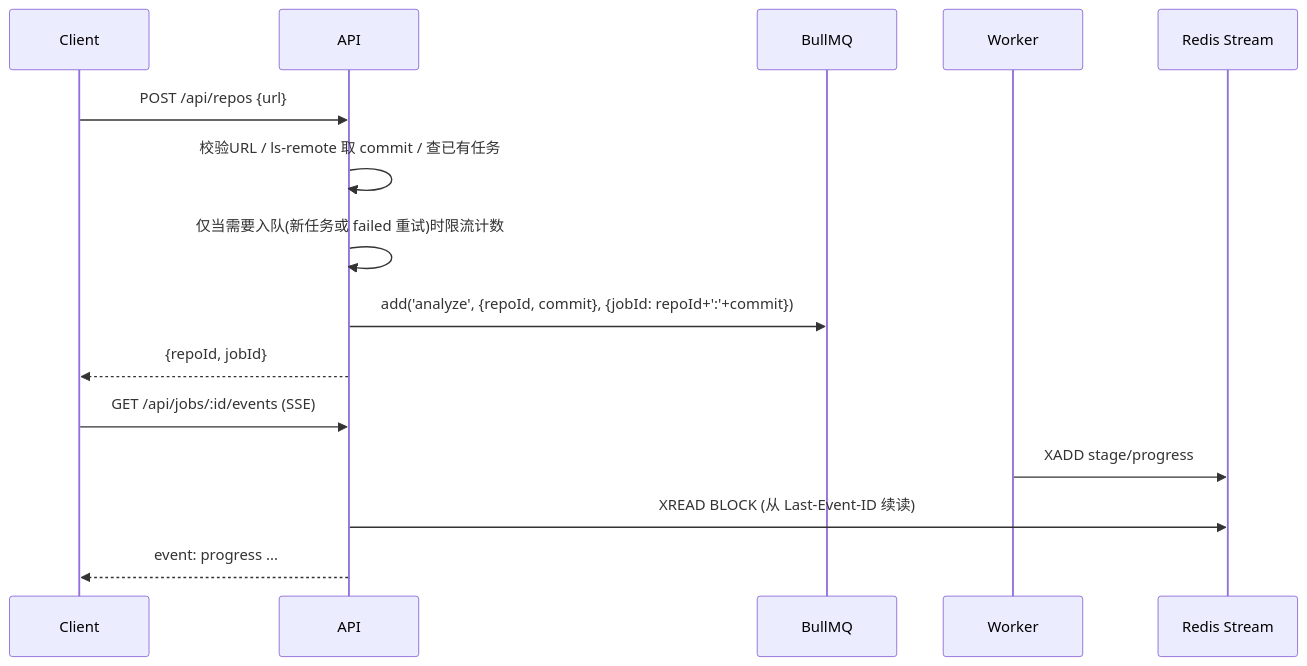
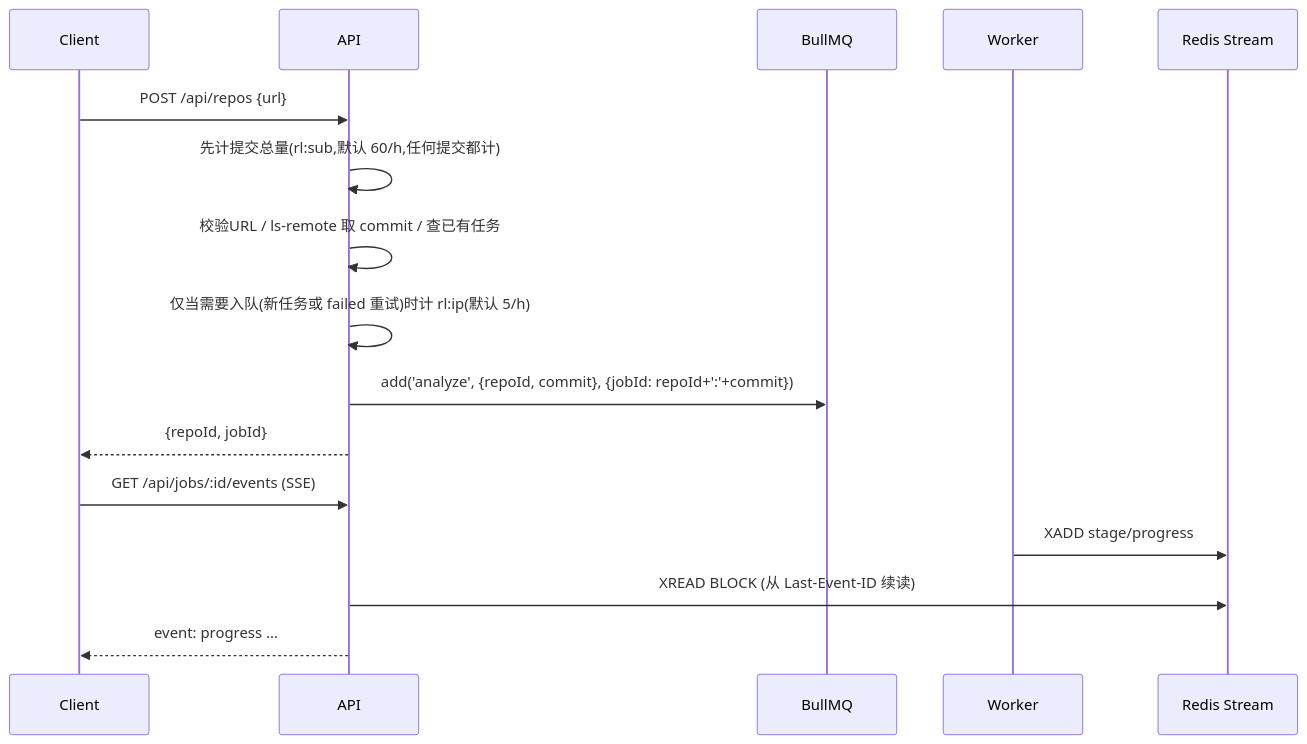
One commit to Akarin7784/repo-lens changed the second of 3 diagrams in docs/BACKEND_AI_DESIGN.md. Above: the diagram before and after it, drawn with Mermaid. The commit also changed other lines of this file and 8 other files, not shown here.

````diff
--- a/docs/BACKEND_AI_DESIGN.md
+++ b/docs/BACKEND_AI_DESIGN.md
@@ -258,17 +259,18 @@
 ```mermaid
 sequenceDiagram
   participant C as Client
   participant A as API
   participant Q as BullMQ
   participant W as Worker
   participant R as Redis Stream
   C->>A: POST /api/repos {url}
+  A->>A: 先计提交总量(rl:sub,默认 60/h,任何提交都计)
   A->>A: 校验URL / ls-remote 取 commit / 查已有任务
-  A->>A: 仅当需要入队(新任务或 failed 重试)时限流计数
+  A->>A: 仅当需要入队(新任务或 failed 重试)时计 rl:ip(默认 5/h)
   A->>Q: add('analyze', {repoId, commit}, {jobId: repoId+':'+commit})
   A-->>C: {repoId, jobId}
   C->>A: GET /api/jobs/:id/events (SSE)
   W->>R: XADD stage/progress
   A->>R: XREAD BLOCK (从 Last-Event-ID 续读)
   A-->>C: event: progress ...
 ```
````
